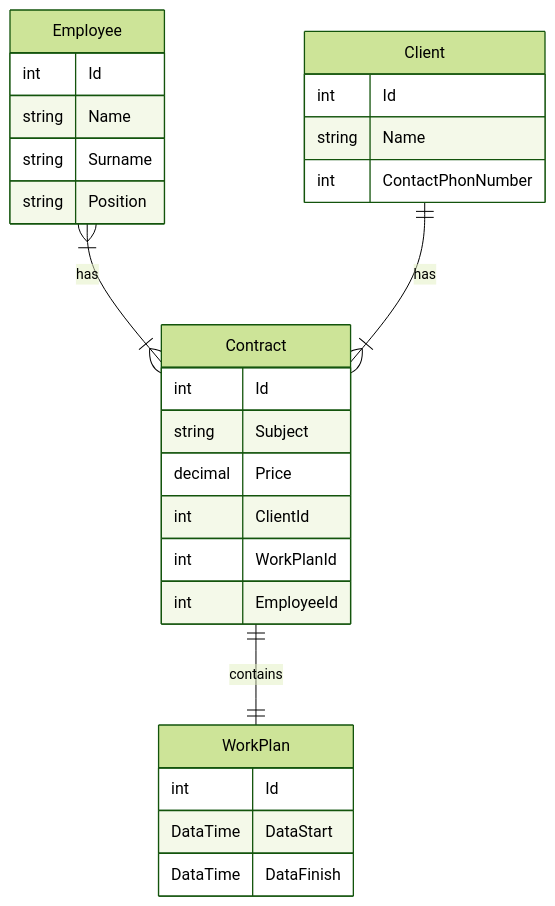
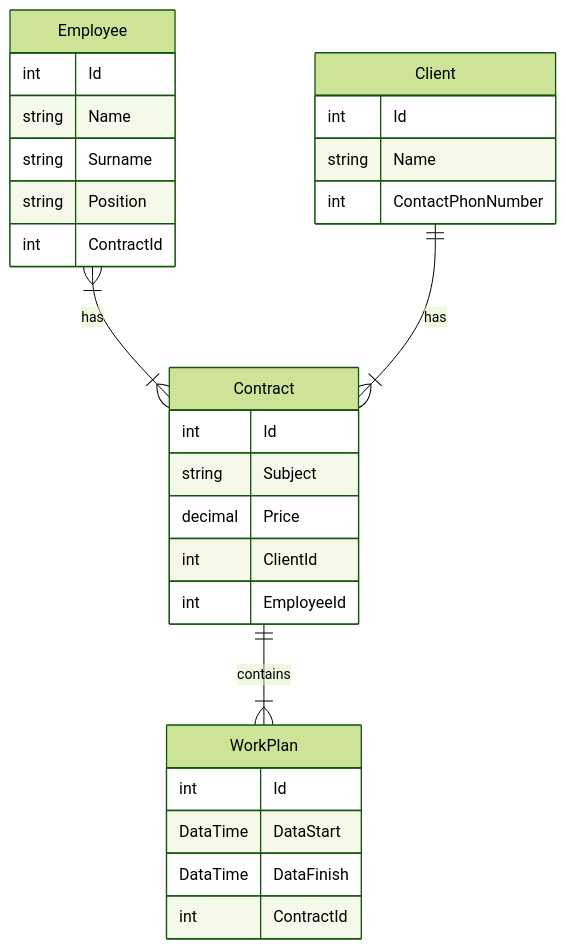
Before and after one commit to KondratenkoDV/CRM: the diagram in README.md, drawn with Mermaid (forest theme).

````diff
--- a/README.md
+++ b/README.md
@@ -1,33 +1,34 @@
 ```mermaid
 erDiagram
   Employee }|--|{ Contract : has
   Client ||--|{ Contract : has
-  Contract ||--|| WorkPlan : contains
+  Contract ||--|{ WorkPlan : contains
   Employee{
       int Id
       string Name
       string Surname
       string Position
+      int ContractId
   }
 
   Client{
       int Id
       string Name
       int ContactPhonNumber
   }
 
   Contract{
       int Id
       string Subject
       decimal Price
       int ClientId
-      int WorkPlanId
       int EmployeeId
   }
 
   WorkPlan{
       int Id
       DataTime DataStart
       DataTime DataFinish
+      int ContractId
   }
   ```
````
